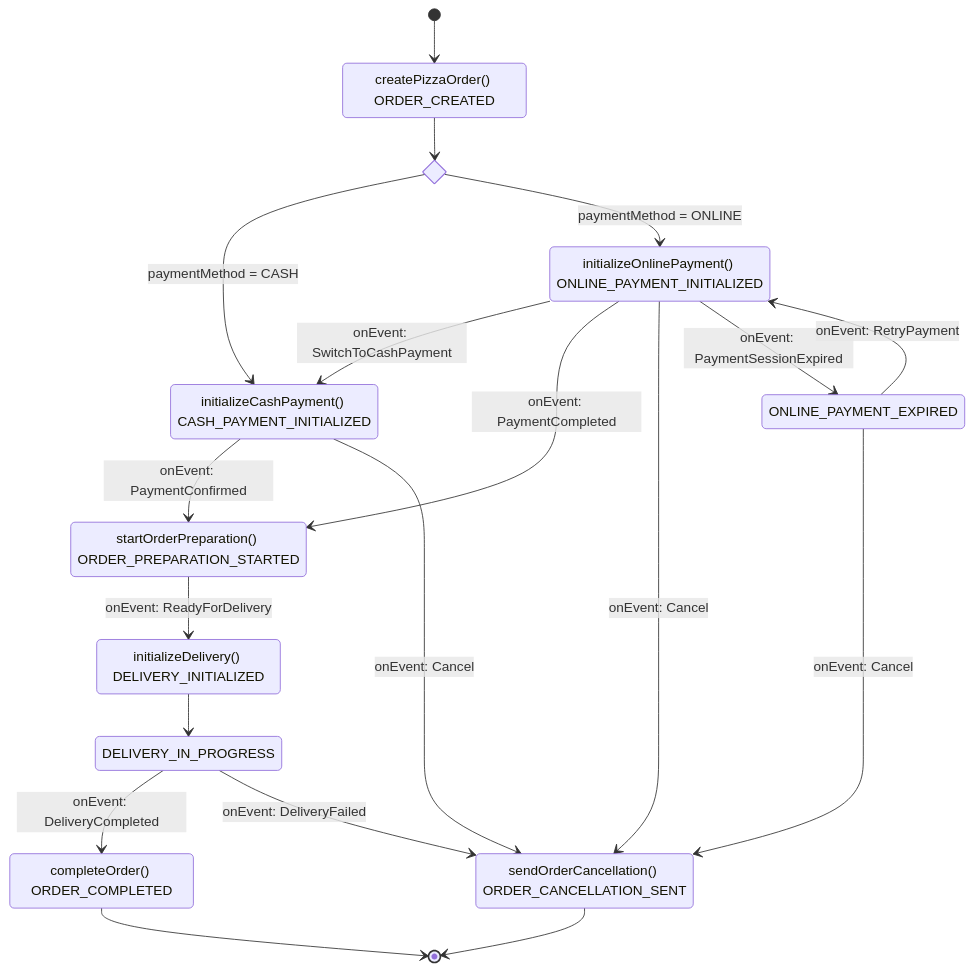
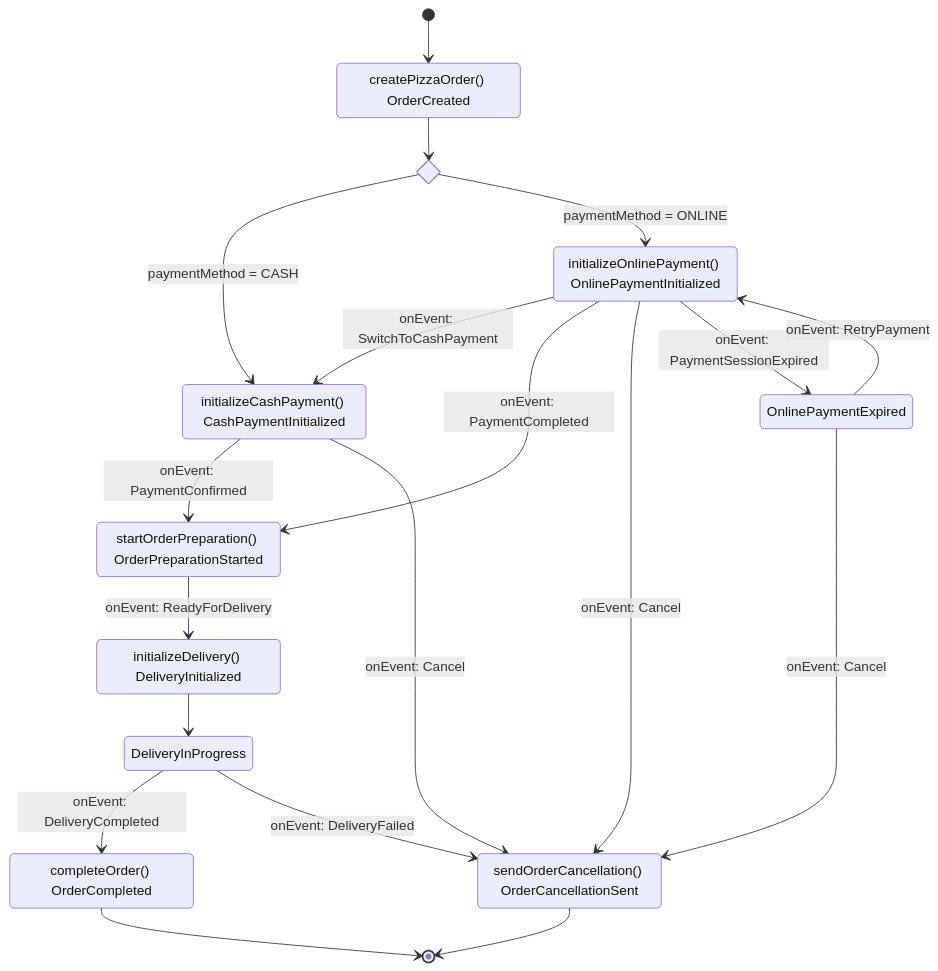
Before and after one commit to marcingurbisz/flowlite: the diagram in README.md, drawn with Mermaid. The commit also changed other lines of this file and 2 other files, not shown here.

Commit message:
Refactor order and event status names to follow Kotlin naming conventions

````diff
--- a/README.md
+++ b/README.md
@@ -52,32 +52,32 @@
 ```mermaid
 stateDiagram-v2
     state if_payment_method <<choice>>
     
-    [*] --> ORDER_CREATED
-    ORDER_CANCELLATION_SENT --> [*]
-    ORDER_CREATED: createPizzaOrder() ORDER_CREATED
-    ORDER_CREATED --> if_payment_method
-    if_payment_method --> CASH_PAYMENT_INITIALIZED: paymentMethod = CASH
-    if_payment_method --> ONLINE_PAYMENT_INITIALIZED: paymentMethod = ONLINE
-    CASH_PAYMENT_INITIALIZED: initializeCashPayment() CASH_PAYMENT_INITIALIZED
-    CASH_PAYMENT_INITIALIZED --> ORDER_PREPARATION_STARTED: onEvent#58; PaymentConfirmed
-    CASH_PAYMENT_INITIALIZED --> ORDER_CANCELLATION_SENT: onEvent#58; Cancel
-    ONLINE_PAYMENT_INITIALIZED: initializeOnlinePayment() ONLINE_PAYMENT_INITIALIZED
-    ONLINE_PAYMENT_INITIALIZED --> CASH_PAYMENT_INITIALIZED: onEvent#58; SwitchToCashPayment
-    ONLINE_PAYMENT_INITIALIZED --> ORDER_PREPARATION_STARTED: onEvent#58; PaymentCompleted
-    ONLINE_PAYMENT_INITIALIZED --> ORDER_CANCELLATION_SENT: onEvent#58; Cancel 
-    ONLINE_PAYMENT_INITIALIZED --> ONLINE_PAYMENT_EXPIRED: onEvent#58; PaymentSessionExpired
-    ONLINE_PAYMENT_EXPIRED --> ONLINE_PAYMENT_INITIALIZED: onEvent#58; RetryPayment
-    ONLINE_PAYMENT_EXPIRED --> ORDER_CANCELLATION_SENT: onEvent#58; Cancel
-    ORDER_PREPARATION_STARTED: startOrderPreparation() ORDER_PREPARATION_STARTED
-    ORDER_PREPARATION_STARTED --> DELIVERY_INITIALIZED: onEvent#58; ReadyForDelivery
+    [*] --> OrderCreated
+    OrderCancellationSent --> [*]
+    OrderCreated: createPizzaOrder() OrderCreated
+    OrderCreated --> if_payment_method
+    if_payment_method --> CashPaymentInitialized: paymentMethod = CASH
+    if_payment_method --> OnlinePaymentInitialized: paymentMethod = ONLINE
+    CashPaymentInitialized: initializeCashPayment() CashPaymentInitialized
+    CashPaymentInitialized --> OrderPreparationStarted: onEvent#58; PaymentConfirmed
+    CashPaymentInitialized --> OrderCancellationSent: onEvent#58; Cancel
+    OnlinePaymentInitialized: initializeOnlinePayment() OnlinePaymentInitialized
+    OnlinePaymentInitialized --> CashPaymentInitialized: onEvent#58; SwitchToCashPayment
+    OnlinePaymentInitialized --> OrderPreparationStarted: onEvent#58; PaymentCompleted
+    OnlinePaymentInitialized --> OrderCancellationSent: onEvent#58; Cancel 
+    OnlinePaymentInitialized --> OnlinePaymentExpired: onEvent#58; PaymentSessionExpired
+    OnlinePaymentExpired --> OnlinePaymentInitialized: onEvent#58; RetryPayment
+    OnlinePaymentExpired --> OrderCancellationSent: onEvent#58; Cancel
+    OrderPreparationStarted: startOrderPreparation() OrderPreparationStarted
+    OrderPreparationStarted --> DeliveryInitialized: onEvent#58; ReadyForDelivery
      
-    DELIVERY_INITIALIZED: initializeDelivery() DELIVERY_INITIALIZED
-    DELIVERY_INITIALIZED --> DELIVERY_IN_PROGRESS
-    DELIVERY_IN_PROGRESS --> ORDER_COMPLETED: onEvent#58; DeliveryCompleted
-    DELIVERY_IN_PROGRESS --> ORDER_CANCELLATION_SENT: onEvent#58; DeliveryFailed
+    DeliveryInitialized: initializeDelivery() DeliveryInitialized
+    DeliveryInitialized --> DeliveryInProgress
+    DeliveryInProgress --> OrderCompleted: onEvent#58; DeliveryCompleted
+    DeliveryInProgress --> OrderCancellationSent: onEvent#58; DeliveryFailed
     
-    ORDER_COMPLETED: completeOrder() ORDER_COMPLETED
-    ORDER_CANCELLATION_SENT: sendOrderCancellation() ORDER_CANCELLATION_SENT
-    ORDER_COMPLETED --> [*]
+    OrderCompleted: completeOrder() OrderCompleted
+    OrderCancellationSent: sendOrderCancellation() OrderCancellationSent
+    OrderCompleted --> [*]
 ```
````
